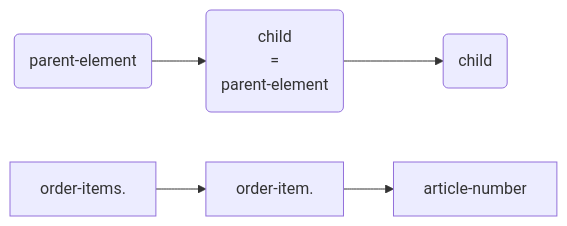
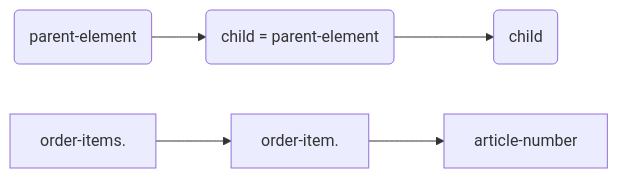
The diagram in 11-01-02-credit-card_fields.adoc (wirecard/merchant-documentation-gateway), drawn with Mermaid before and after one commit.

Commit message:
Update CC fields

```diff
--- a/11-01-02-credit-card_fields.adoc
+++ b/11-01-02-credit-card_fields.adoc
@@ -52,13 +52,13 @@
 [mermaid, CC_Fields_intro_elements_parentchild,png]
 ----
 graph LR
 A("parent-element")-->B
-B("child <br> = <br>parent-element")-->C
+B("child = parent-element")-->C
 C(child)
 E[order-items.]-->F
 F[order-item.]-->G
 G[article-number]
 class E squared-rect
 class F squared-rect
 class G squared-rect
 ----
```
